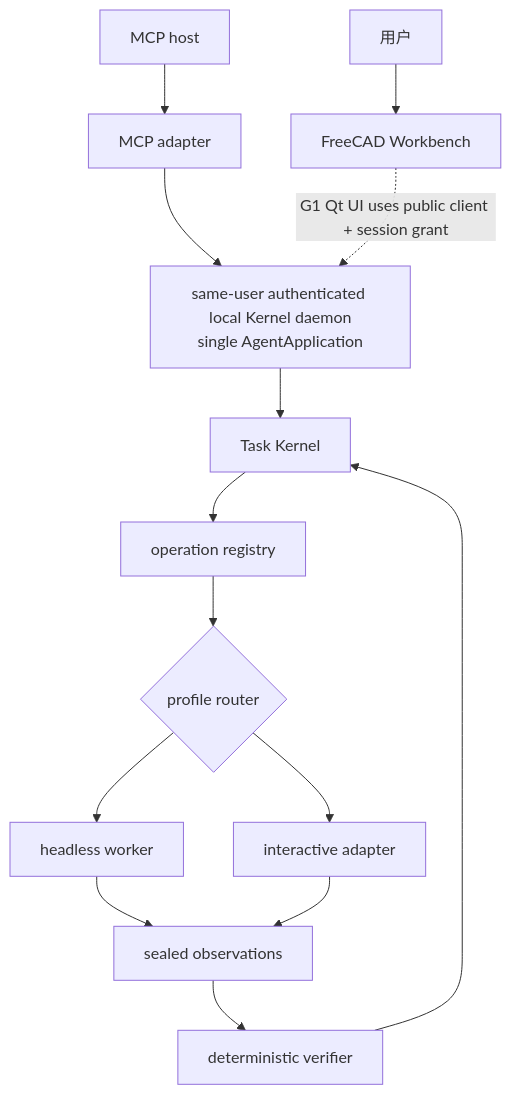
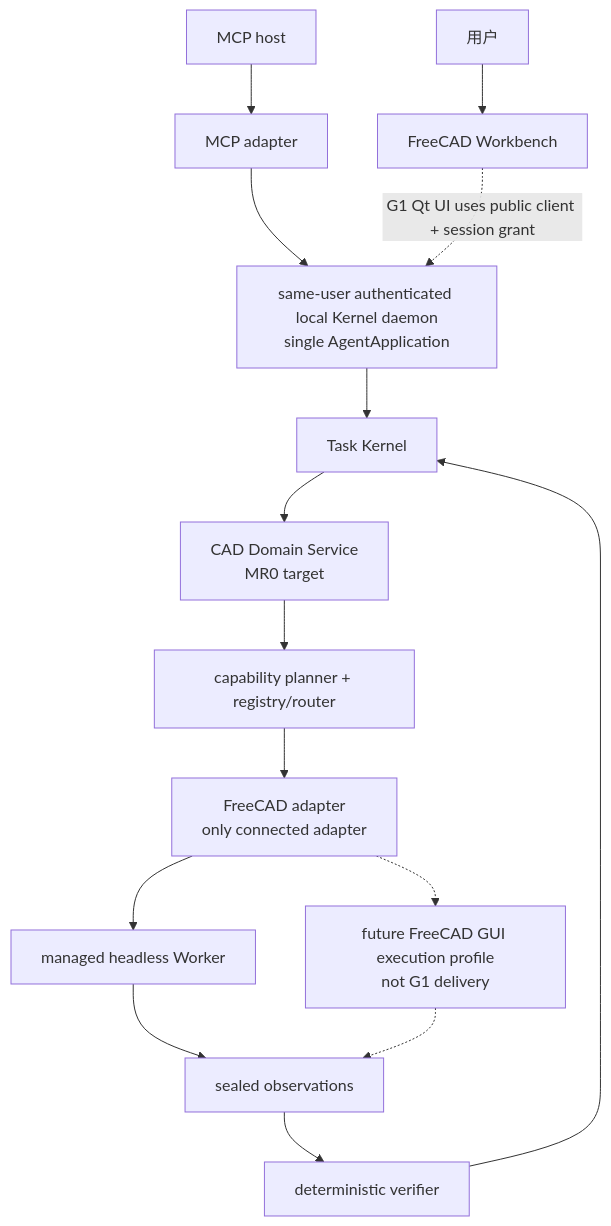
Before and after one commit to wangtao9090/VibeCAD: the second of 2 diagrams in docs/AGENT_ARCHITECTURE.md, drawn with Mermaid. The commit also changed other lines of this file and 6 other files, not shown here.

Commit message:
docs(architecture): define multi-runtime CAD boundary

````diff
--- a/docs/AGENT_ARCHITECTURE.md
+++ b/docs/AGENT_ARCHITECTURE.md
@@ -248,16 +255,17 @@
 ```mermaid
 flowchart TB
     H["MCP host"] --> M["MCP adapter"]
     U["用户"] --> G["FreeCAD Workbench"]
     M --> A["same-user authenticated local Kernel daemon<br/>single AgentApplication"]
     G -.->|"G1 Qt UI uses public client + session grant"| A
     A --> K["Task Kernel"]
-    K --> R["operation registry"]
-    R --> X{"profile router"}
-    X --> W["headless worker"]
-    X --> I["interactive adapter"]
+    K --> D["CAD Domain Service<br/>MR0 target"]
+    D --> P["capability planner + registry/router"]
+    P --> F["FreeCAD adapter<br/>only connected adapter"]
+    F --> W["managed headless Worker"]
+    F -.-> I["future FreeCAD GUI execution profile<br/>not G1 delivery"]
     W --> O["sealed observations"]
-    I --> O
+    I -.-> O
     O --> V["deterministic verifier"]
     V --> K
 ```
````
